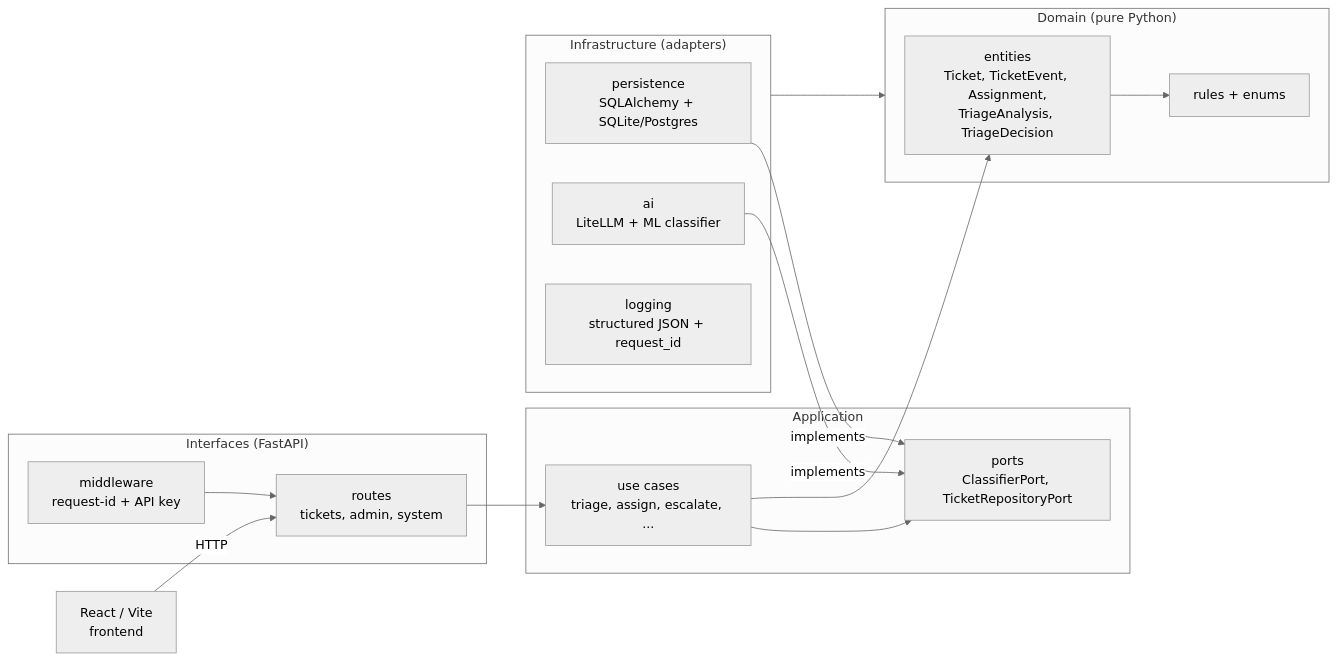
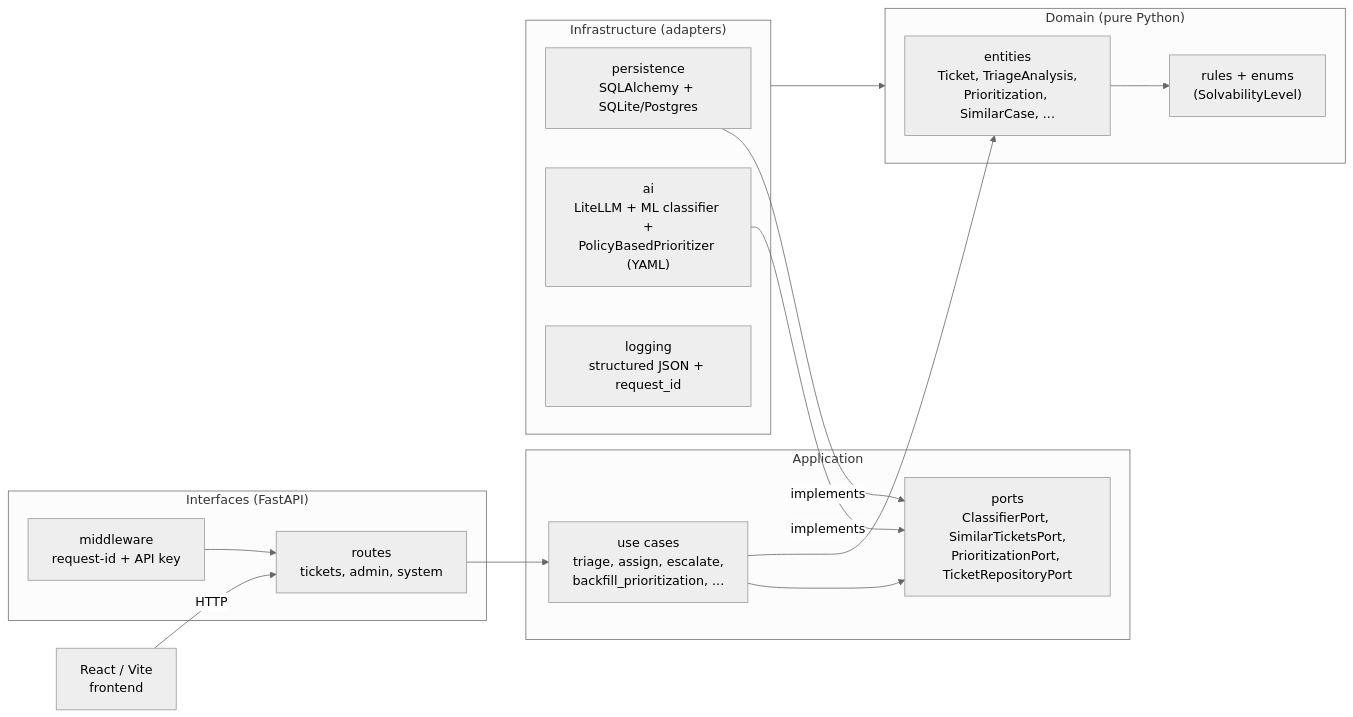
Before and after one commit to clavinci94/ai-assisted-ticket-triage-platform: the diagram in README.md, drawn with Mermaid (neutral theme). The commit also changed other lines of this file, not shown here.

First line of the commit message:
docs: explain knowledge-engineered prioritization in README

````diff
--- a/README.md
+++ b/README.md
@@ -101,35 +185,35 @@
 ```mermaid
 flowchart LR
     UI["React / Vite<br/>frontend"]
 
     subgraph Interfaces["Interfaces (FastAPI)"]
         Routes["routes<br/>tickets, admin, system"]
         Middleware["middleware<br/>request-id + API key"]
     end
 
     subgraph Application["Application"]
-        UseCases["use cases<br/>triage, assign, escalate, ..."]
-        Ports["ports<br/>ClassifierPort, TicketRepositoryPort"]
+        UseCases["use cases<br/>triage, assign, escalate,<br/>backfill_prioritization, ..."]
+        Ports["ports<br/>ClassifierPort, SimilarTicketsPort,<br/>PrioritizationPort, TicketRepositoryPort"]
     end
 
     subgraph Domain["Domain (pure Python)"]
-        Entities["entities<br/>Ticket, TicketEvent, Assignment,<br/>TriageAnalysis, TriageDecision"]
-        Rules["rules + enums"]
+        Entities["entities<br/>Ticket, TriageAnalysis,<br/>Prioritization, SimilarCase, ..."]
+        Rules["rules + enums<br/>(SolvabilityLevel)"]
     end
 
     subgraph Infrastructure["Infrastructure (adapters)"]
         Persistence["persistence<br/>SQLAlchemy + SQLite/Postgres"]
-        AI["ai<br/>LiteLLM + ML classifier"]
+        AI["ai<br/>LiteLLM + ML classifier +<br/>PolicyBasedPrioritizer (YAML)"]
         Logging["logging<br/>structured JSON + request_id"]
     end
 
     UI -->|HTTP| Routes
     Middleware --> Routes
     Routes --> UseCases
     UseCases --> Ports
     UseCases --> Entities
     Persistence -->|implements| Ports
     AI -->|implements| Ports
     Entities --> Rules
     Infrastructure --> Domain
 ```
````
